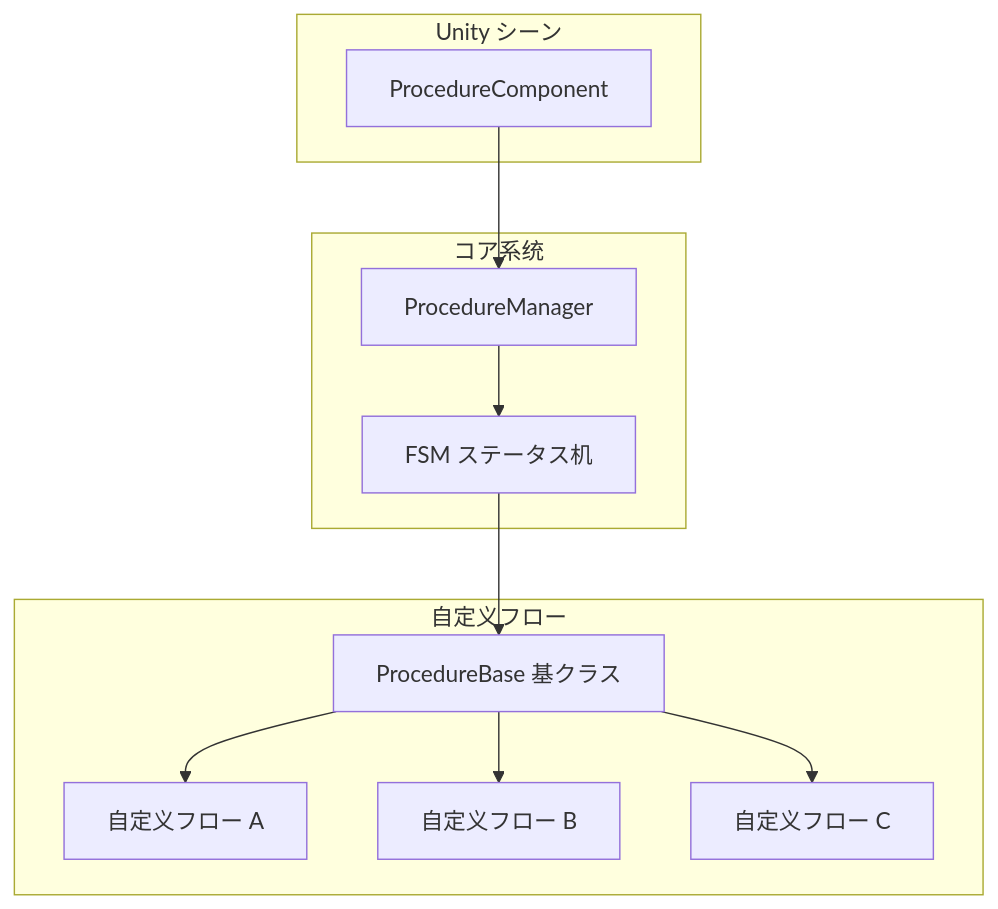
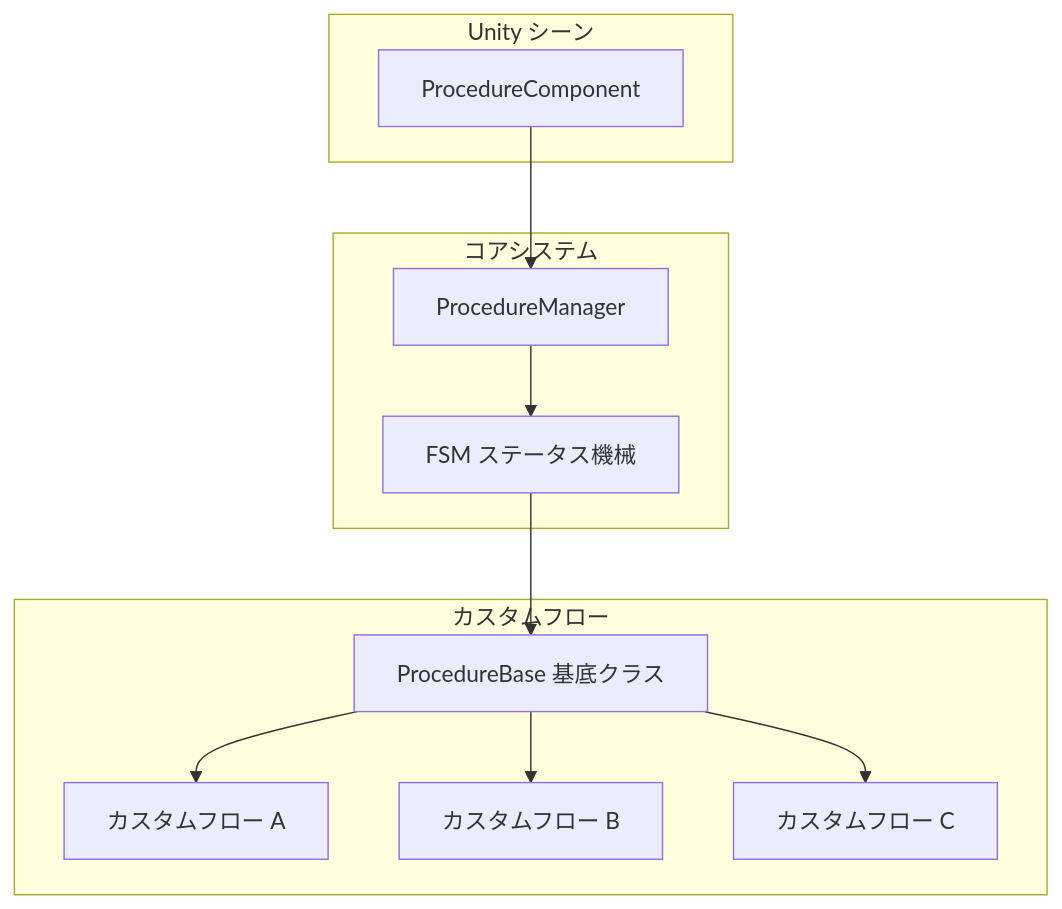
One commit to AlianBlank/GameFrameX.Docs changed the first of 2 diagrams in docs/ja/client/unity/component/procedure/09.custom-procedures.md. Above: the diagram before and after it, drawn with Mermaid. The commit also changed other lines of this file and 320 other files, not shown here.

````diff
--- a/docs/ja/client/unity/component/procedure/09.custom-procedures.md
+++ b/docs/ja/client/unity/component/procedure/09.custom-procedures.md
@@ -9,25 +9,25 @@
 ```mermaid
 flowchart TD
     subgraph Unity["Unity シーン"]
         PC[ProcedureComponent]
     end
-    
-    subgraph Core["コア系统"]
+
+    subgraph Core["コアシステム"]
         PM[ProcedureManager]
-        FSM[FSM ステータス机]
+        FSM[FSM ステータス機械]
     end
-    
-    subgraph Procedures["自定义フロー"]
-        P1[ProcedureBase 基クラス]
-        P2[自定义フロー A]
-        P3[自定义フロー B]
-        P4[自定义フロー C]
+
+    subgraph Procedures["カスタムフロー"]
+        P1[ProcedureBase 基底クラス]
+        P2[カスタムフロー A]
+        P3[カスタムフロー B]
+        P4[カスタムフロー C]
     end
-    
+
     PC --> PM
     PM --> FSM
     FSM --> P1
     P1 --> P2
     P1 --> P3
     P1 --> P4
 ```
````
